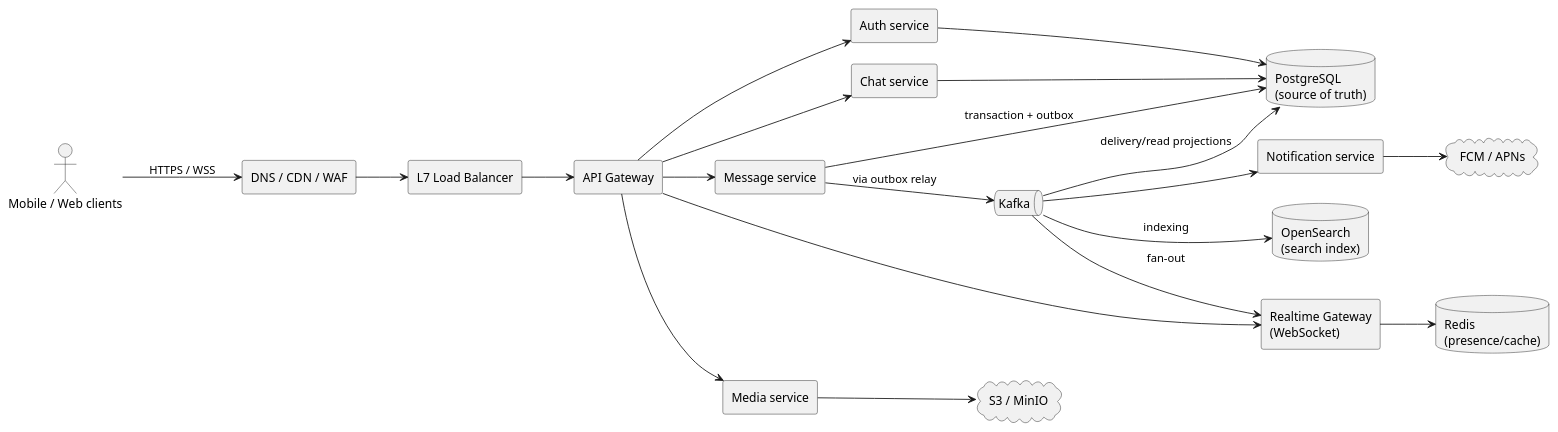
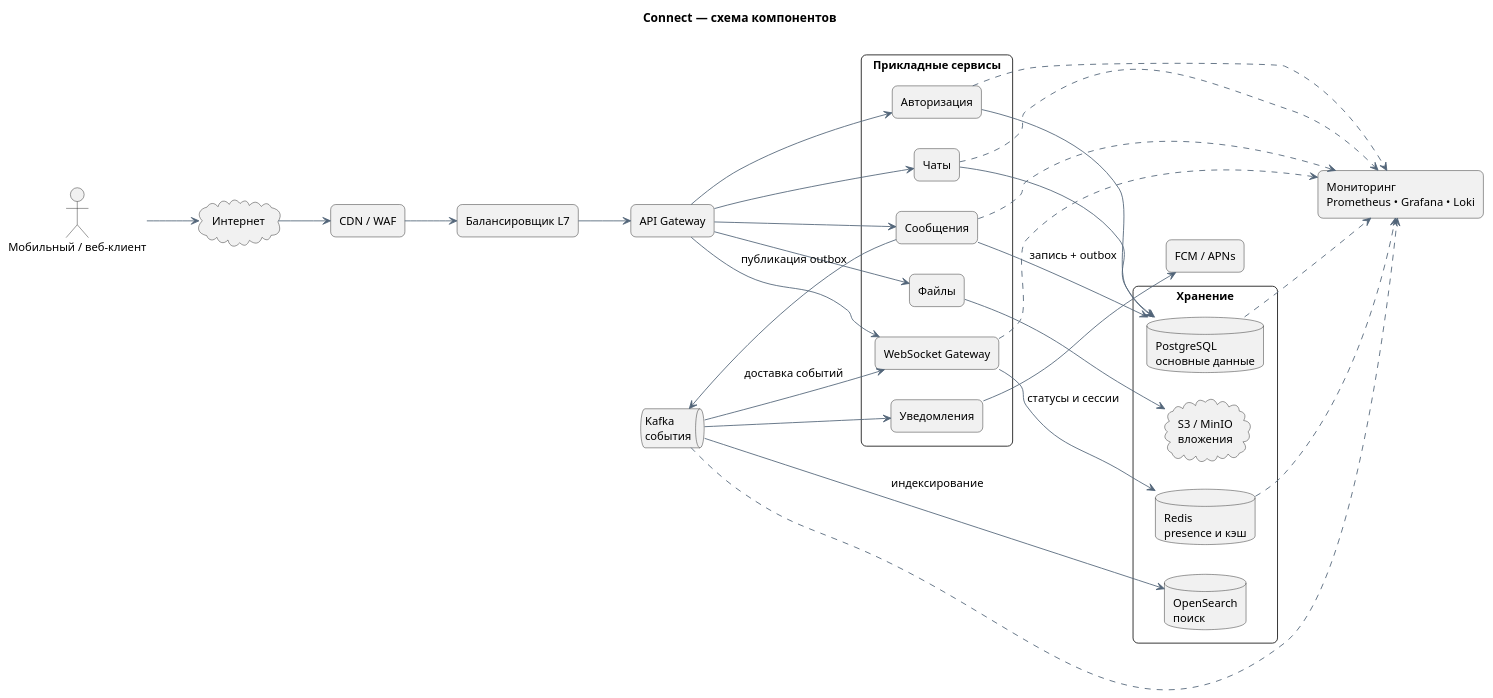
One commit to dinatulyabaeva/connect-messenger changed the diagram in docs/architecture.puml. Above: the diagram before and after it, drawn with PlantUML.

Commit message:
Clean up architecture diagram source

```diff
--- a/docs/architecture.puml
+++ b/docs/architecture.puml
@@ -1,39 +1,65 @@
 @startuml
+title Connect — схема компонентов
 left to right direction
+skinparam shadowing false
 skinparam componentStyle rectangle
-actor "Mobile / Web clients" as Client
-component "DNS / CDN / WAF" as Edge
-component "L7 Load Balancer" as LB
-component "API Gateway" as GW
-component "Auth service" as Auth
-component "Chat service" as Chat
-component "Realtime Gateway\n(WebSocket)" as RT
-component "Message service" as Msg
-component "Media service" as Media
-component "Notification service" as Notif
-queue "Kafka" as Kafka
-database "PostgreSQL\n(source of truth)" as PG
-database "Redis\n(presence/cache)" as Redis
-cloud "S3 / MinIO" as S3
-database "OpenSearch\n(search index)" as OS
-cloud "FCM / APNs" as Push
-Client --> Edge : HTTPS / WSS
+skinparam roundcorner 12
+skinparam defaultFontName Arial
+skinparam defaultFontSize 13
+skinparam ArrowColor #526579
+skinparam packageStyle rectangle
+
+actor "Мобильный / веб-клиент" as Client
+cloud "Интернет" as Internet
+component "CDN / WAF" as Edge
+component "Балансировщик L7" as LB
+component "API Gateway" as Gateway
+
+package "Прикладные сервисы" {
+  component "Авторизация" as Auth
+  component "Чаты" as Chat
+  component "WebSocket Gateway" as WS
+  component "Сообщения" as Message
+  component "Файлы" as Media
+  component "Уведомления" as Notify
+}
+
+queue "Kafka\nсобытия" as Kafka
+
+package "Хранение" {
+  database "PostgreSQL\nосновные данные" as PG
+  database "Redis\npresence и кэш" as Redis
+  cloud "S3 / MinIO\nвложения" as S3
+  database "OpenSearch\nпоиск" as Search
+}
+
+component "FCM / APNs" as Push
+component "Мониторинг\nPrometheus • Grafana • Loki" as Monitor
+
+Client --> Internet
+Internet --> Edge
 Edge --> LB
-LB --> GW
-GW --> Auth
-GW --> Chat
-GW --> Msg
-GW --> RT
-GW --> Media
-Msg --> PG : transaction + outbox
-Msg --> Kafka : via outbox relay
+LB --> Gateway
+Gateway --> Auth
+Gateway --> Chat
+Gateway --> WS
+Gateway --> Message
+Gateway --> Media
+Auth --> PG
 Chat --> PG
-Auth --> PG
-RT --> Redis
+Message --> PG : запись + outbox
+Message --> Kafka : публикация outbox
+WS --> Redis : статусы и сессии
 Media --> S3
-Kafka --> RT : fan-out
-Kafka --> Notif
-Kafka --> OS : indexing
-Notif --> Push
-Kafka --> PG : delivery/read projections
+Kafka --> WS : доставка событий
+Kafka --> Notify
+Kafka --> Search : индексирование
+Notify --> Push
+Auth ..> Monitor
+Chat ..> Monitor
+WS ..> Monitor
+Message ..> Monitor
+Kafka ..> Monitor
+PG ..> Monitor
+Redis ..> Monitor
 @enduml
```
